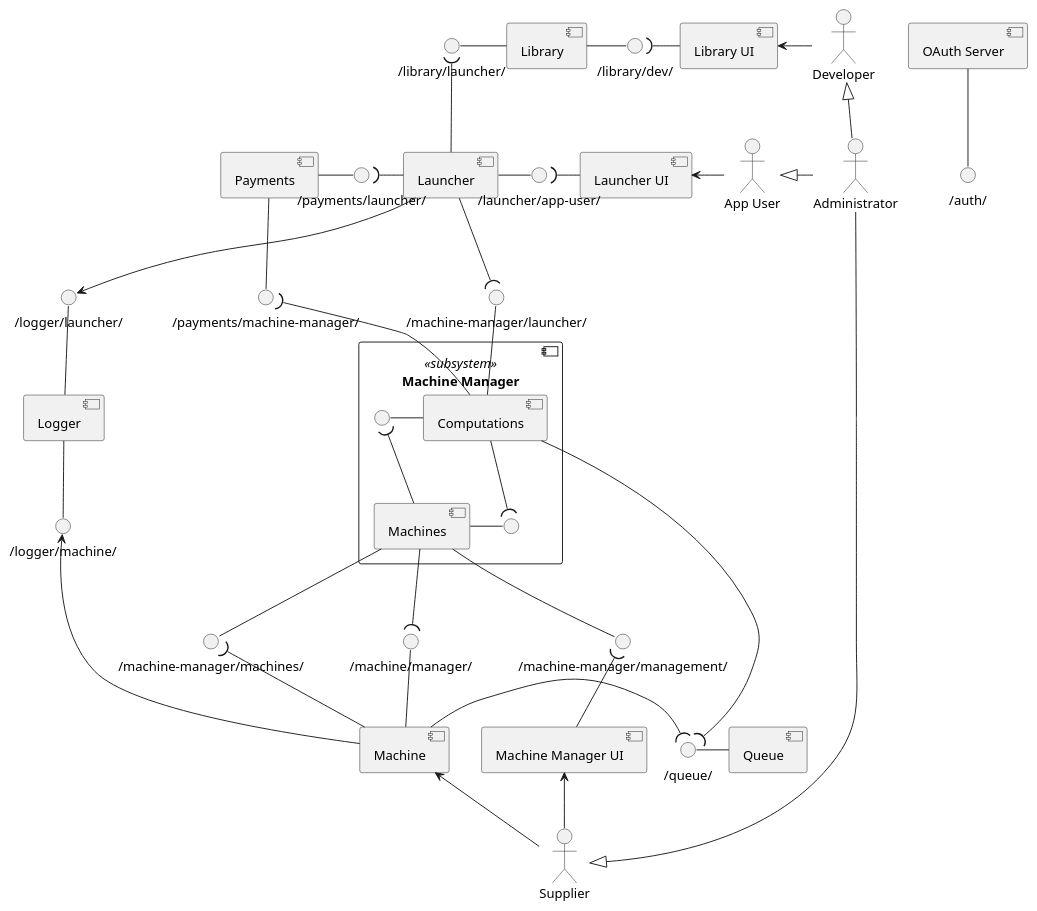
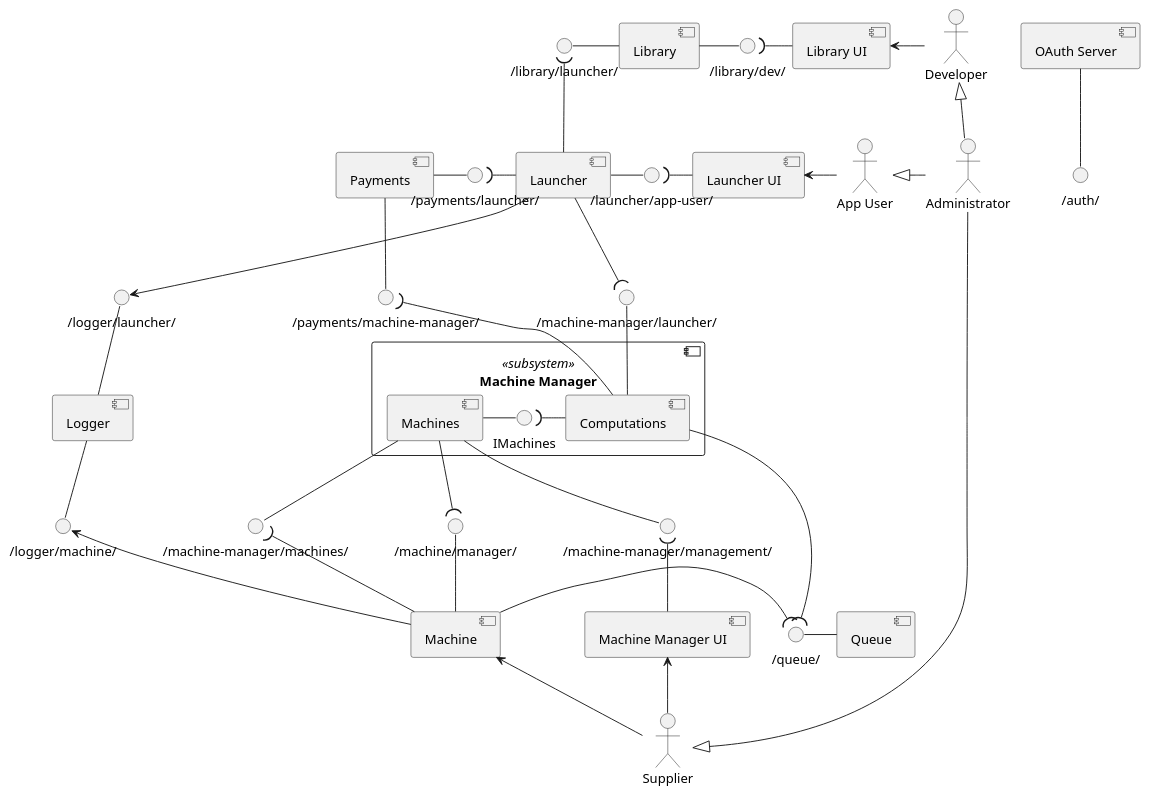
Before and after one commit to Plan-B-PO/docs: the diagram in components/components.puml, drawn with PlantUML. The commit also changed 3 other files, not shown here.

```diff
--- a/components/components.puml
+++ b/components/components.puml
@@ -1,94 +1,90 @@
 @startuml
 
 skinparam componentStyle uml2
 skinparam monochrome true
 
 actor "App User" as AU
 actor Developer as AD
 actor Supplier as AS
 actor Administrator as AA
 
 AA -le-|> AU
 AA -up-|> AD
 AA -do-|> AS
 
 component Launcher as CLa
 component "Launcher UI" as CLaU
 component Library as CLi
 component "Library UI" as CLiU
 component Logger as CLo
 component "Machine Manager" <<subsystem>> as SM {
     component "Machines" as SMCM
     component "Computations" as SMCC
-    interface " " as ISMCMSMCC
-    interface " " as ISMCCSMCM
+    interface "IMachines" as ISMCMSMCC
 
-    SMCC -ri- ISMCCSMCM
-    SMCM -up-( ISMCCSMCM
-
-    SMCM -le- ISMCMSMCC
-    SMCC -ri-( ISMCMSMCC
+    SMCM -ri- ISMCMSMCC
+    SMCC -le-( ISMCMSMCC
 }
 component "Machine Manager UI" as CMU
 component Payments as CP
 component Machine as CMa
 component "OAuth Server" as CA
 component Queue as CQ
 
 interface "/logger/launcher/" as ICLoCLa
 interface "/logger/machine/" as ICLoCMa
 interface "/machine-manager/machines/" as ICMCMa
 interface "/machine-manager/launcher/" as ICMCLa
 interface "/library/launcher/" as ICLiCLa
 interface "/payments/launcher/" as ICPCLa
 interface "/payments/machine-manager/" as ICPCM
 interface "/library/dev/" as ICLiAD
 interface "/machine-manager/management/" as ICMAS
 interface "/launcher/app-user/" as ICLaAU
 interface "/machine/manager/" as ICMaCM
 interface "/queue/" as ICQ
 interface "/auth/" as ICA
 
 CA -do- ICA
 
 AD -le-> CLiU
 CLiU -le-( ICLiAD
 ICLiAD -le- CLi
 
 AS -up-> CMU
 CMU -up-( ICMAS
 ICMAS -up- SMCM
 
 AU -le-> CLaU
 CLaU -le-( ICLaAU
 ICLaAU -le- CLa
 
 CLi -le- ICLiCLa
 ICLiCLa )-do- CLa
 
 CLa -do-( ICMCLa
 ICMCLa -do- SMCC
 
 SMCM -do- ICMCMa
 ICMCMa )-do- CMa
 SMCM -do-( ICMaCM
 ICMaCM -do- CMa
 
 CMa <-do- AS
 
 CP -ri- ICPCLa
 ICPCLa )-ri- CLa
 
 CP -do- ICPCM
 SMCC -up-( ICPCM
 
 CLa -do-> ICLoCLa
 ICLoCLa -do- CLo
 CLo -do- ICLoCMa
 ICLoCMa <-do- CMa
 
 CQ -le- ICQ
 SMCC -do-( ICQ
 CMa -ri-( ICQ
 
 @enduml
```
